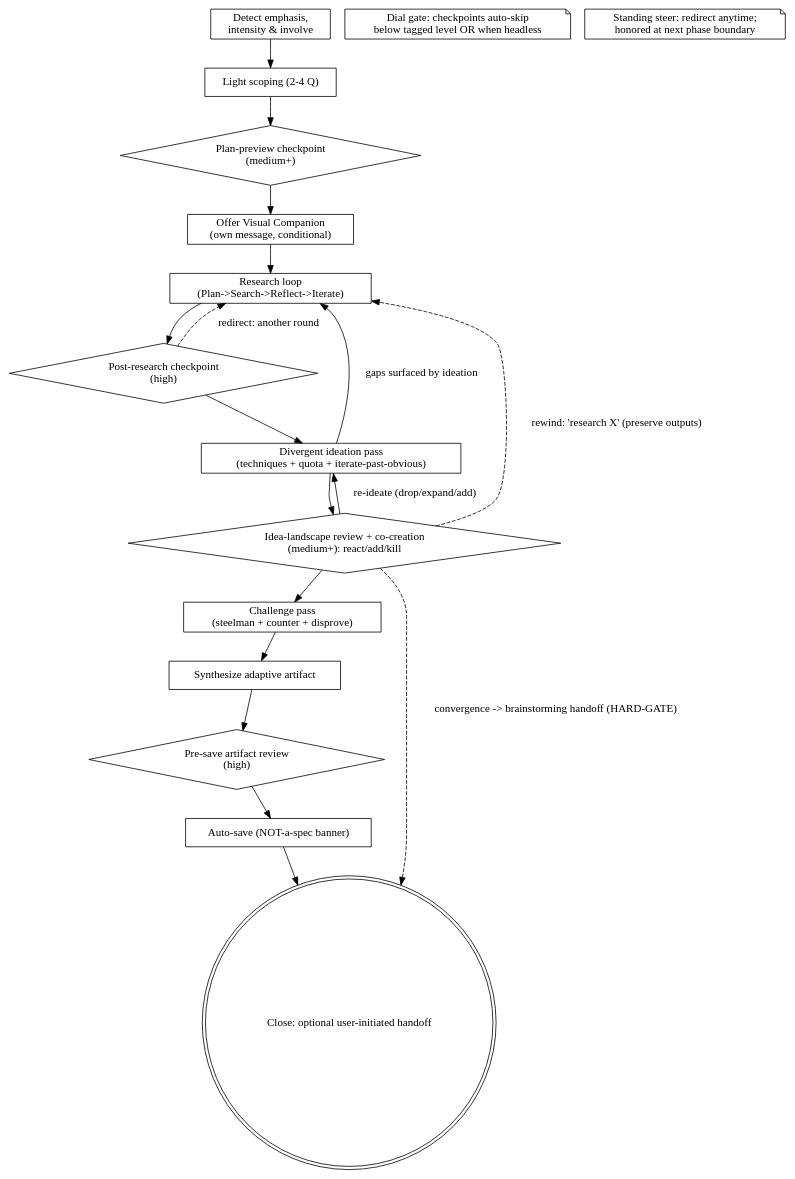
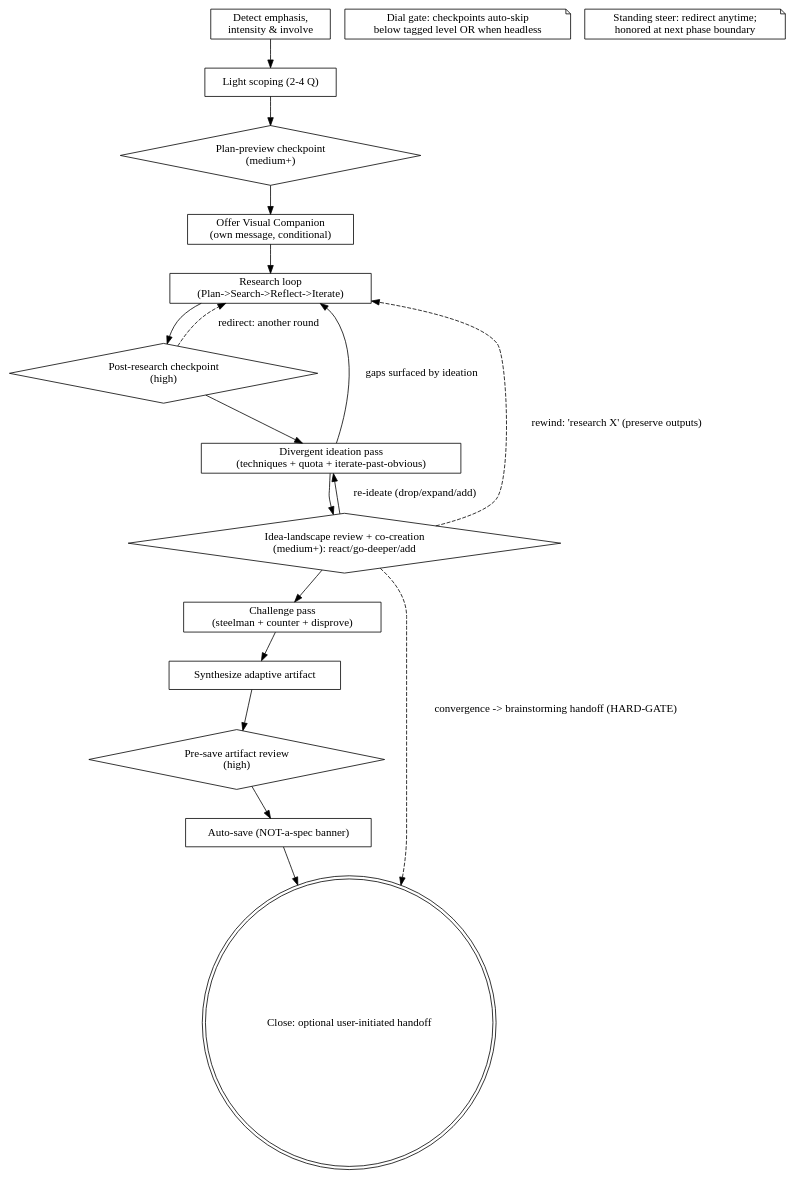
One commit to zpyoung/quirk changed the diagram in skills/exploring-ideas/SKILL.md. Above: the diagram before and after it, drawn with Graphviz. The commit also changed other lines of this file and 3 other files, not shown here.

````diff
--- a/skills/exploring-ideas/SKILL.md
+++ b/skills/exploring-ideas/SKILL.md
@@ -51,44 +51,44 @@
 ```dot
 digraph exploring {
   // Boxes = phases; diamonds = checkpoints. A checkpoint auto-skips below its
   // tagged involve level, and whenever the run is headless (the dial gate).
   "Detect emphasis,\nintensity & involve" [shape=box];
   "Light scoping (2-4 Q)" [shape=box];
   "Plan-preview checkpoint\n(medium+)" [shape=diamond];
   "Offer Visual Companion\n(own message, conditional)" [shape=box];
   "Research loop\n(Plan->Search->Reflect->Iterate)" [shape=box];
   "Post-research checkpoint\n(high)" [shape=diamond];
   "Divergent ideation pass\n(techniques + quota + iterate-past-obvious)" [shape=box];
-  "Idea-landscape review + co-creation\n(medium+): react/add/kill" [shape=diamond];
+  "Idea-landscape review + co-creation\n(medium+): react/go-deeper/add" [shape=diamond];
   "Challenge pass\n(steelman + counter + disprove)" [shape=box];
   "Synthesize adaptive artifact" [shape=box];
   "Pre-save artifact review\n(high)" [shape=diamond];
   "Auto-save (NOT-a-spec banner)" [shape=box];
   "Close: optional user-initiated handoff" [shape=doublecircle];
 
   "Dial gate: checkpoints auto-skip\nbelow tagged level OR when headless" [shape=note];
   "Standing steer: redirect anytime;\nhonored at next phase boundary" [shape=note];
 
   "Detect emphasis,\nintensity & involve" -> "Light scoping (2-4 Q)";
   "Light scoping (2-4 Q)" -> "Plan-preview checkpoint\n(medium+)";
   "Plan-preview checkpoint\n(medium+)" -> "Offer Visual Companion\n(own message, conditional)";
   "Offer Visual Companion\n(own message, conditional)" -> "Research loop\n(Plan->Search->Reflect->Iterate)";
   "Research loop\n(Plan->Search->Reflect->Iterate)" -> "Post-research checkpoint\n(high)";
   "Post-research checkpoint\n(high)" -> "Divergent ideation pass\n(techniques + quota + iterate-past-obvious)";
-  "Divergent ideation pass\n(techniques + quota + iterate-past-obvious)" -> "Idea-landscape review + co-creation\n(medium+): react/add/kill";
-  "Idea-landscape review + co-creation\n(medium+): react/add/kill" -> "Challenge pass\n(steelman + counter + disprove)";
+  "Divergent ideation pass\n(techniques + quota + iterate-past-obvious)" -> "Idea-landscape review + co-creation\n(medium+): react/go-deeper/add";
+  "Idea-landscape review + co-creation\n(medium+): react/go-deeper/add" -> "Challenge pass\n(steelman + counter + disprove)";
   "Challenge pass\n(steelman + counter + disprove)" -> "Synthesize adaptive artifact";
   "Synthesize adaptive artifact" -> "Pre-save artifact review\n(high)";
   "Pre-save artifact review\n(high)" -> "Auto-save (NOT-a-spec banner)";
   "Auto-save (NOT-a-spec banner)" -> "Close: optional user-initiated handoff";
 
   // Loops, re-ideation, and rewind — all preserve prior outputs:
   "Divergent ideation pass\n(techniques + quota + iterate-past-obvious)" -> "Research loop\n(Plan->Search->Reflect->Iterate)" [label="gaps surfaced by ideation"];
-  "Idea-landscape review + co-creation\n(medium+): react/add/kill" -> "Divergent ideation pass\n(techniques + quota + iterate-past-obvious)" [label="re-ideate (drop/expand/add)"];
-  "Idea-landscape review + co-creation\n(medium+): react/add/kill" -> "Research loop\n(Plan->Search->Reflect->Iterate)" [style=dashed, label="rewind: 'research X' (preserve outputs)"];
+  "Idea-landscape review + co-creation\n(medium+): react/go-deeper/add" -> "Divergent ideation pass\n(techniques + quota + iterate-past-obvious)" [label="re-ideate (drop/expand/add)"];
+  "Idea-landscape review + co-creation\n(medium+): react/go-deeper/add" -> "Research loop\n(Plan->Search->Reflect->Iterate)" [style=dashed, label="rewind: 'research X' (preserve outputs)"];
   "Post-research checkpoint\n(high)" -> "Research loop\n(Plan->Search->Reflect->Iterate)" [style=dashed, label="redirect: another round"];
 
   // Convergence at any checkpoint never makes a spec — it routes to the handoff:
-  "Idea-landscape review + co-creation\n(medium+): react/add/kill" -> "Close: optional user-initiated handoff" [style=dashed, label="convergence -> brainstorming handoff (HARD-GATE)"];
+  "Idea-landscape review + co-creation\n(medium+): react/go-deeper/add" -> "Close: optional user-initiated handoff" [style=dashed, label="convergence -> brainstorming handoff (HARD-GATE)"];
 }
 ```
````
